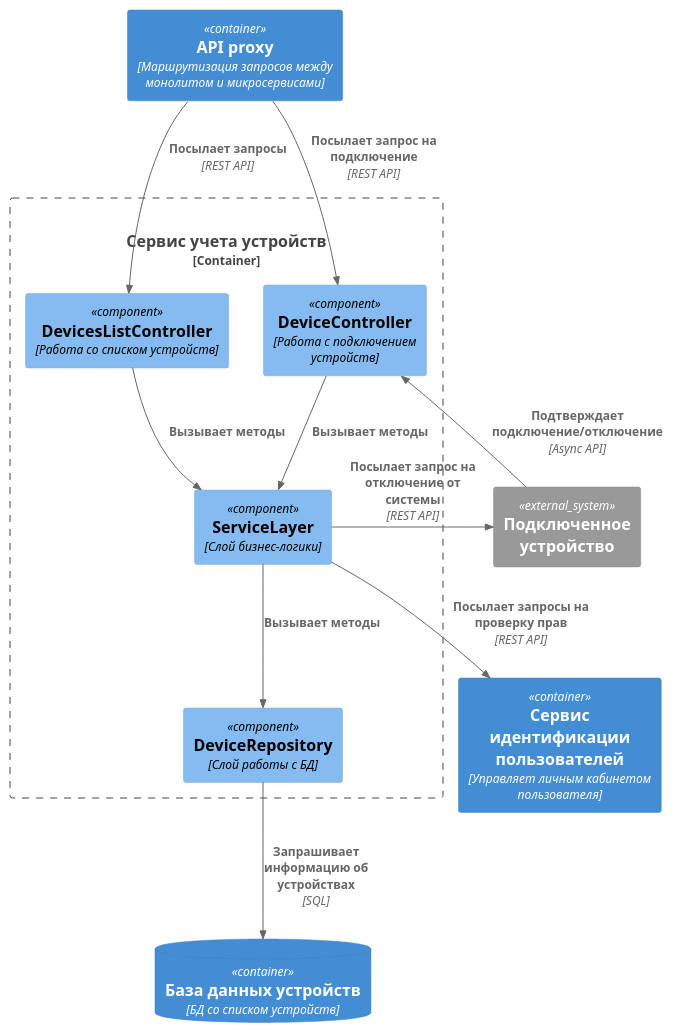
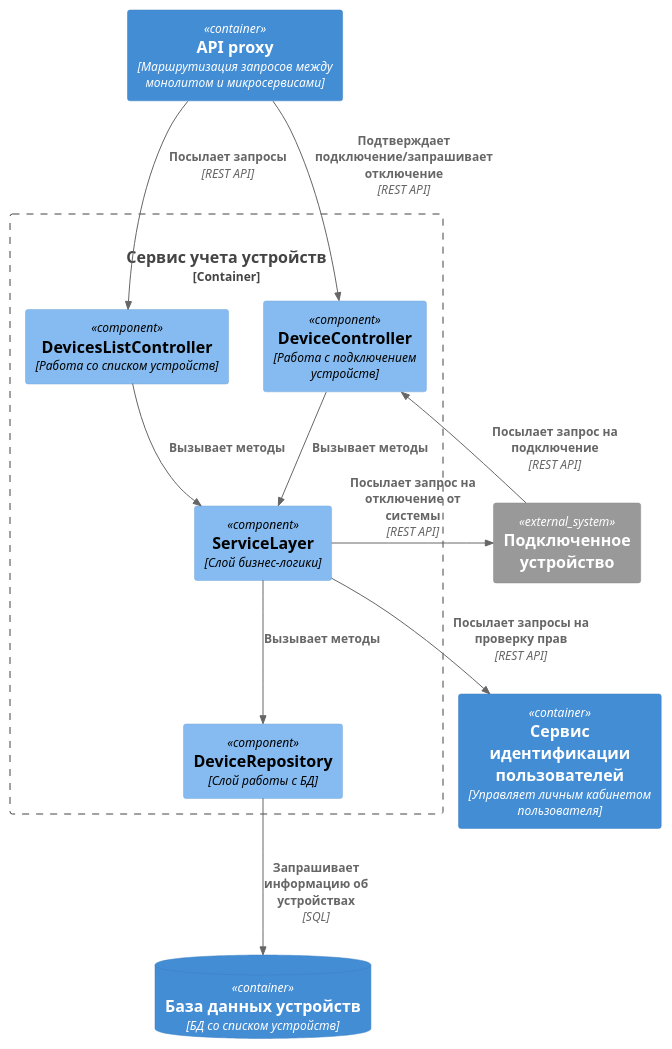
Before and after one commit to JohnnyKikman/architecture-pro-warmhouse: the diagram in docs/diagrams/component/Warmhouse_deviceManagementService.puml, drawn with PlantUML. The commit also changed 3 other files, not shown here.

Commit message:
Fixed minor issues with C4 diagrams

```diff
--- a/docs/diagrams/component/Warmhouse_deviceManagementService.puml
+++ b/docs/diagrams/component/Warmhouse_deviceManagementService.puml
@@ -1,26 +1,26 @@
 @startuml
 !include https://raw.githubusercontent.com/plantuml-stdlib/C4-PlantUML/master/C4_Component.puml
 
 Container(proxy, "API proxy", "Маршрутизация запросов между монолитом и микросервисами")
 Container(userService, "Сервис идентификации пользователей", "Управляет личным кабинетом пользователя")
 Container_Boundary(deviceManagerService , "Сервис учета устройств", "deviceManagerService") {
     Component(devicesListController, "DevicesListController", "Работа со списком устройств")
     Component(deviceController, "DeviceController", "Работа с подключением устройств")
     Component(serviceLayer, "ServiceLayer", "Слой бизнес-логики")
     Component(deviceRepository, "DeviceRepository", "Слой работы с БД")
 }
 ContainerDb(deviceDatabase, "База данных устройств", "БД со списком устройств")
 System_Ext(device, "Подключенное устройство")
 
 Rel_D(proxy, devicesListController, "Посылает запросы", "REST API")
-Rel_D(proxy, deviceController, "Посылает запрос на подключение", "REST API")
+Rel_D(proxy, deviceController, "Подтверждает подключение/запрашивает отключение", "REST API")
 Rel_D(deviceController, serviceLayer, "Вызывает методы")
 Rel_D(devicesListController, serviceLayer, "Вызывает методы")
 Rel_D(serviceLayer, deviceRepository, "Вызывает методы")
 Rel_D(serviceLayer, userService, "Посылает запросы на проверку прав", "REST API")
 Rel_D(deviceRepository, deviceDatabase, "Запрашивает информацию об устройствах", "SQL")
 
-Rel_L(device, deviceController, "Подтверждает подключение/отключение", "Async API")
+Rel_L(device, deviceController, "Посылает запрос на подключение", "REST API")
 Rel_R(serviceLayer, device, "Посылает запрос на отключение от системы", "REST API")
 
 @enduml
```
